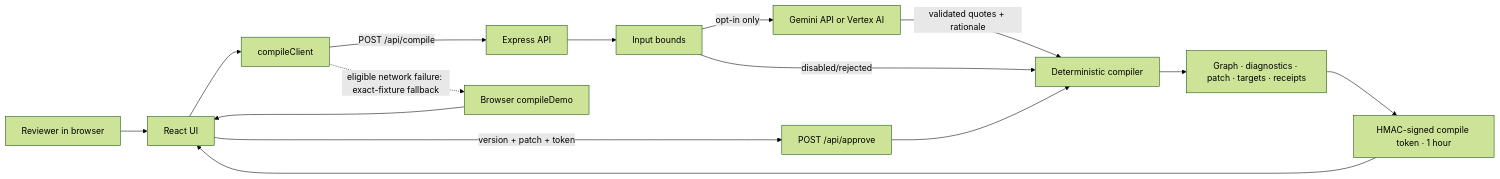
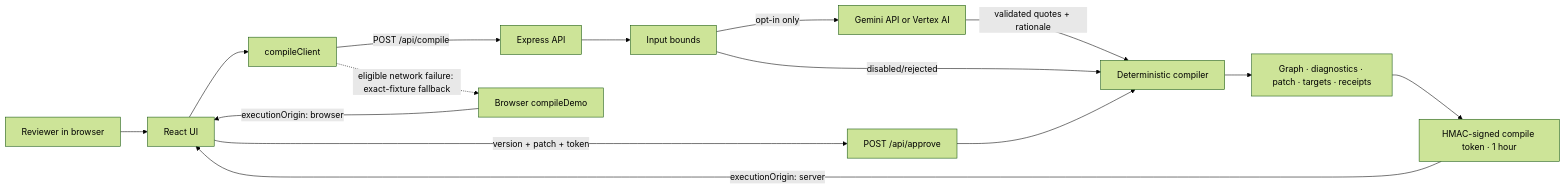
Before and after one commit to chquandogong/deployalign: the diagram in docs/03-spec/ARCHITECTURE.md, drawn with Mermaid (forest theme). The commit also changed other lines of this file and 13 other files, not shown here.

First line of the commit message:
docs: refresh decisions, risks, spec, architecture, runbook, test plan and dashboard for 0.2.0

````diff
--- a/docs/03-spec/ARCHITECTURE.md
+++ b/docs/03-spec/ARCHITECTURE.md
@@ -24,17 +24,17 @@
 ```mermaid
 flowchart LR
   U["Reviewer in browser"] --> UI["React UI"]
   UI --> C["compileClient"]
   C -->|"POST /api/compile"| API["Express API"]
   API --> V["Input bounds"]
   V -->|"opt-in only"| G["Gemini API or Vertex AI"]
   G -->|"validated quotes + rationale"| DC["Deterministic compiler"]
   V -->|"disabled/rejected"| DC
   DC --> R["Graph · diagnostics · patch · targets · receipts"]
   R --> T["HMAC-signed compile token · 1 hour"]
-  T --> UI
+  T -->|"executionOrigin: server"| UI
   C -. "eligible network failure: exact-fixture fallback" .-> LD["Browser compileDemo"]
-  LD --> UI
+  LD -->|"executionOrigin: browser"| UI
   UI -->|"version + patch + token"| AP["POST /api/approve"]
   AP --> DC
 ```
````
